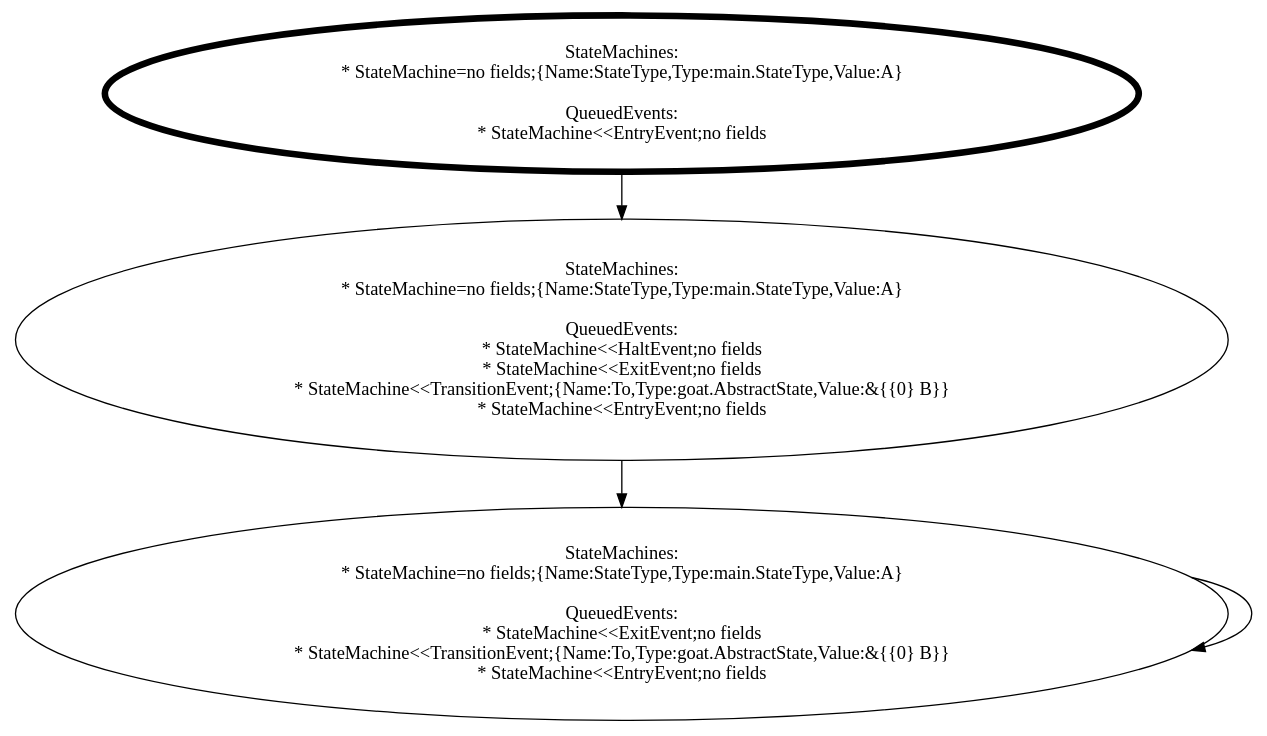
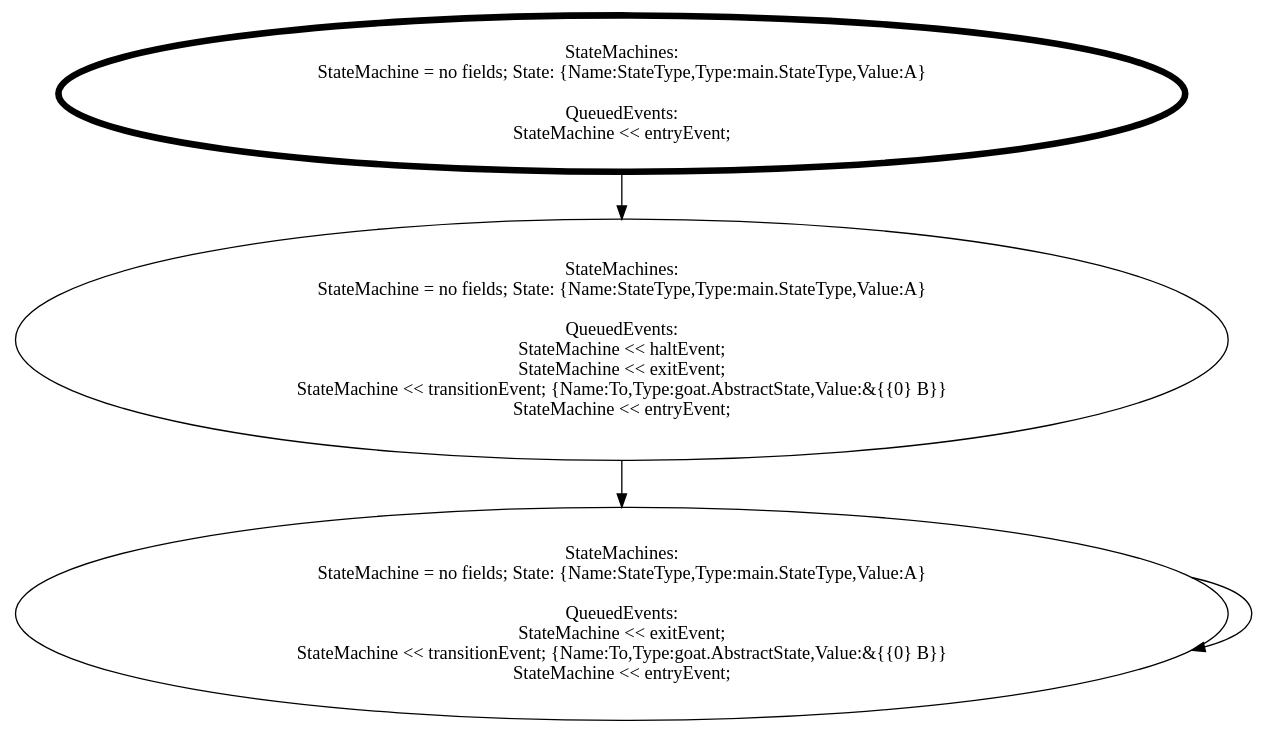
Before and after one commit to hono0130/goat: the diagram in example/simple-halt/diagram.dot, drawn with Graphviz. The commit also changed 27 other files, not shown here.

Commit message:
refactor: regenerate example diagrams and add WriteDot utility

```diff
--- a/example/simple-halt/diagram.dot
+++ b/example/simple-halt/diagram.dot
@@ -1,26 +1,26 @@
 digraph {
-  10430172767009159544 [ label="StateMachines:
-* StateMachine=no fields;{Name:StateType,Type:main.StateType,Value:A}
+  5097618433102130894 [ label="StateMachines:
+StateMachine = no fields; State: {Name:StateType,Type:main.StateType,Value:A}
 
 QueuedEvents:
-* StateMachine<<EntryEvent;no fields" ];
-  10430172767009159544 [ penwidth=5 ];
-  10335180506393400324 [ label="StateMachines:
-* StateMachine=no fields;{Name:StateType,Type:main.StateType,Value:A}
+StateMachine << exitEvent;
+StateMachine << transitionEvent; {Name:To,Type:goat.AbstractState,Value:&{{0} B}}
+StateMachine << entryEvent;" ];
+  9959765463187636756 [ label="StateMachines:
+StateMachine = no fields; State: {Name:StateType,Type:main.StateType,Value:A}
 
 QueuedEvents:
-* StateMachine<<HaltEvent;no fields
-* StateMachine<<ExitEvent;no fields
-* StateMachine<<TransitionEvent;{Name:To,Type:goat.AbstractState,Value:&{{0} B}}
-* StateMachine<<EntryEvent;no fields" ];
-  11106146301305390142 [ label="StateMachines:
-* StateMachine=no fields;{Name:StateType,Type:main.StateType,Value:A}
+StateMachine << entryEvent;" ];
+  9959765463187636756 [ penwidth=5 ];
+  11956287330201543862 [ label="StateMachines:
+StateMachine = no fields; State: {Name:StateType,Type:main.StateType,Value:A}
 
 QueuedEvents:
-* StateMachine<<ExitEvent;no fields
-* StateMachine<<TransitionEvent;{Name:To,Type:goat.AbstractState,Value:&{{0} B}}
-* StateMachine<<EntryEvent;no fields" ];
-  10335180506393400324 -> 11106146301305390142;
-  11106146301305390142 -> 11106146301305390142;
-  10430172767009159544 -> 10335180506393400324;
+StateMachine << haltEvent;
+StateMachine << exitEvent;
+StateMachine << transitionEvent; {Name:To,Type:goat.AbstractState,Value:&{{0} B}}
+StateMachine << entryEvent;" ];
+  5097618433102130894 -> 5097618433102130894;
+  9959765463187636756 -> 11956287330201543862;
+  11956287330201543862 -> 5097618433102130894;
 }
```
